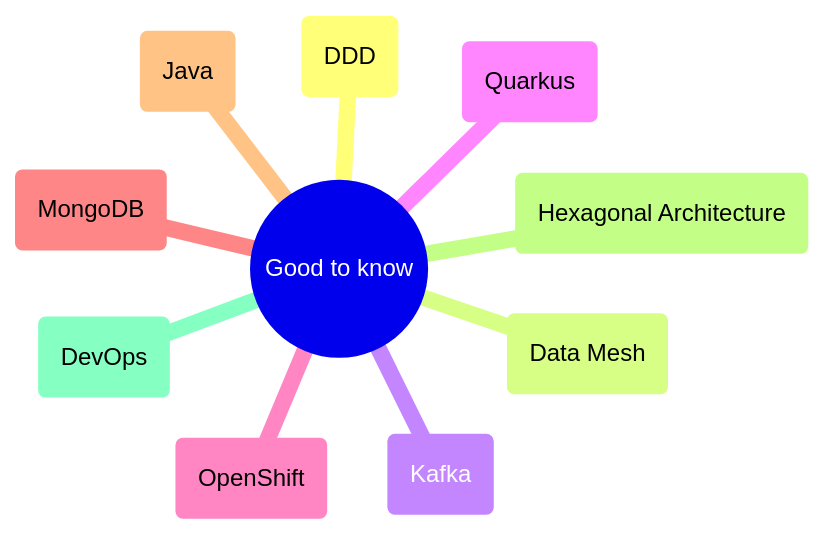
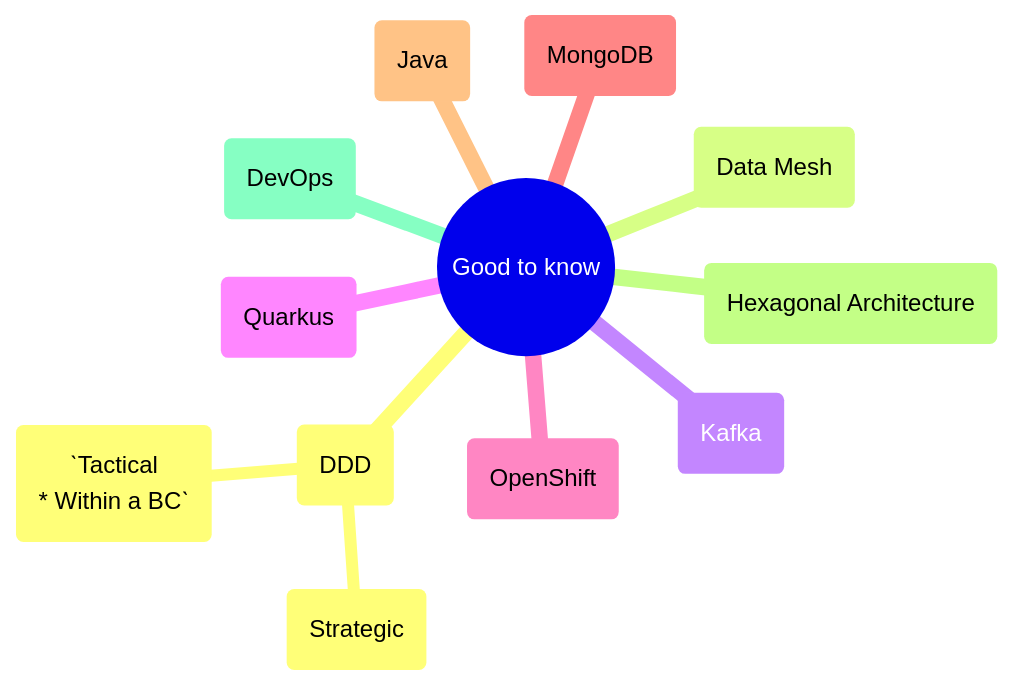
The diagram in README.md (mhaspra/mindmaps), drawn with Mermaid before and after one commit.

````diff
--- a/README.md
+++ b/README.md
@@ -2,13 +2,16 @@
 ```mermaid
  mindmap
   root((Good to know))
    (DDD)
+    (Strategic)
+    ("ˋTactical
+* Within a BCˋ")
    (Data Mesh)
    (Kafka)
    (Quarkus)
    (OpenShift)
    (MongoDB)
    (Java)
    (Hexagonal Architecture)
    (DevOps)
 ```
````
